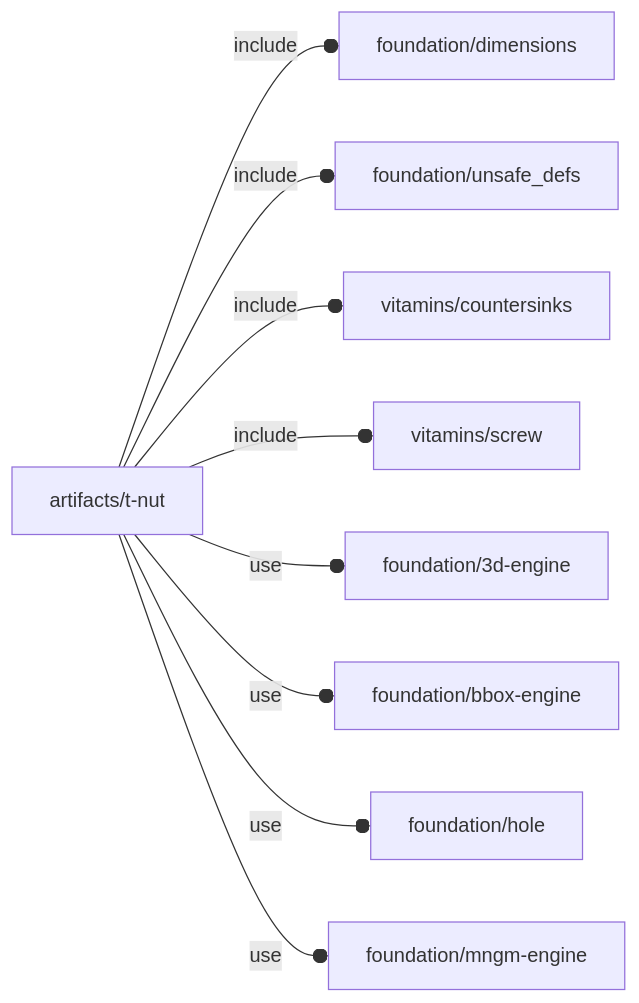
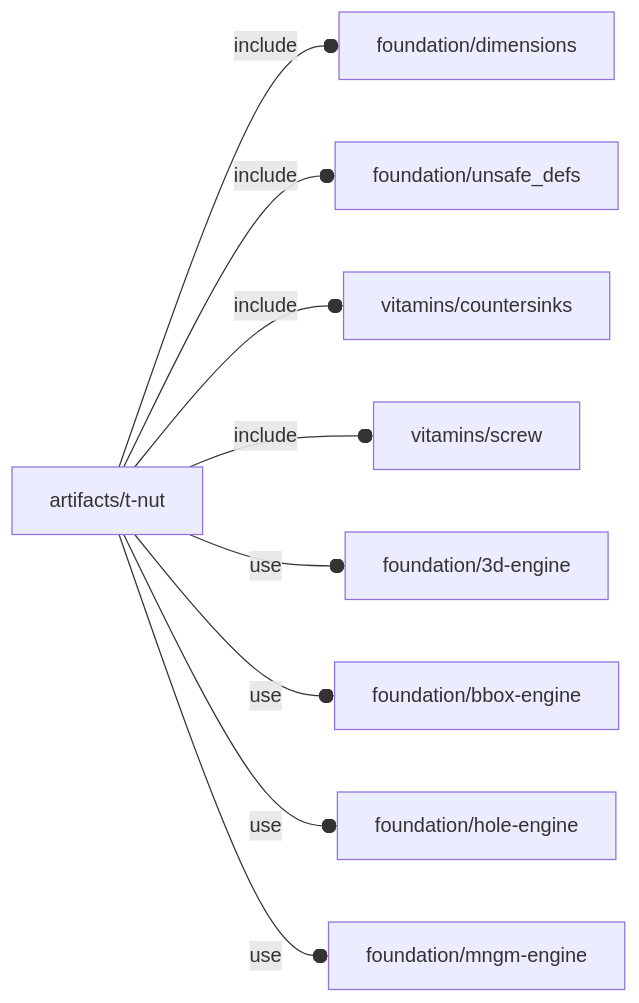
Before and after one commit to ggabbiani/OFL: the diagram in orthodocs/artifacts/t-nut.md, drawn with Mermaid. The commit also changed other lines of this file and 17 other files, not shown here.

````diff
--- a/orthodocs/artifacts/t-nut.md
+++ b/orthodocs/artifacts/t-nut.md
@@ -5,11 +5,11 @@
 ```mermaid
 graph LR
     A1[artifacts/t-nut] --o|include| A2[foundation/dimensions]
     A1 --o|include| A3[foundation/unsafe_defs]
     A1 --o|include| A4[vitamins/countersinks]
     A1 --o|include| A5[vitamins/screw]
     A1 --o|use| A6[foundation/3d-engine]
     A1 --o|use| A7[foundation/bbox-engine]
-    A1 --o|use| A8[foundation/hole]
+    A1 --o|use| A8[foundation/hole-engine]
     A1 --o|use| A9[foundation/mngm-engine]
 ```
````
